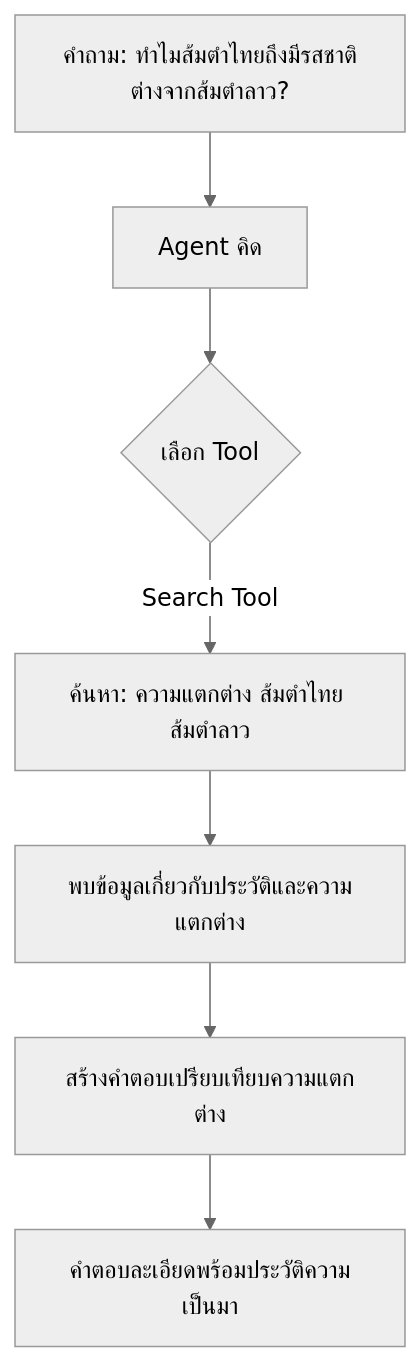
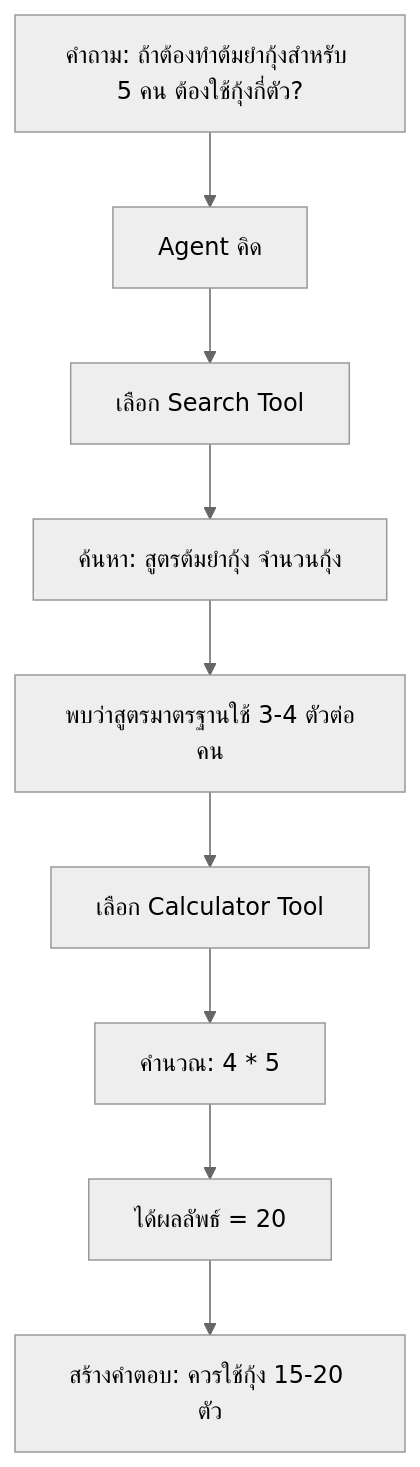
One commit to amornpan/langflow-ai changed diagram 14 of 18 in hand-on_2-3/README_TH.md. Above: the diagram before and after it, drawn with Mermaid (neutral theme). The commit also changed other lines of this file and 3 other files, not shown here.

````diff
--- a/hand-on_2-3/README_TH.md
+++ b/hand-on_2-3/README_TH.md
@@ -351,9 +343,11 @@
 ```mermaid
 graph TD
-    A[คำถาม: ทำไมส้มตำไทยถึงมีรสชาติต่างจากส้มตำลาว?] --> B[Agent คิด]
-    B --> C{เลือก Tool}
-    C -->|Search Tool| D[ค้นหา: ความแตกต่าง ส้มตำไทย ส้มตำลาว]
-    D --> E[พบข้อมูลเกี่ยวกับประวัติและความแตกต่าง]
-    E --> F[สร้างคำตอบเปรียบเทียบความแตกต่าง]
-    F --> G[คำตอบละเอียดพร้อมประวัติความเป็นมา]
+    A[คำถาม: ถ้าต้องทำต้มยำกุ้งสำหรับ 5 คน ต้องใช้กุ้งกี่ตัว?] --> B[Agent คิด]
+    B --> C[เลือก Search Tool]
+    C --> D[ค้นหา: สูตรต้มยำกุ้ง จำนวนกุ้ง]
+    D --> E[พบว่าสูตรมาตรฐานใช้ 3-4 ตัวต่อคน]
+    E --> F[เลือก Calculator Tool]
+    F --> G[คำนวณ: 4 * 5]
+    G --> H[ได้ผลลัพธ์ = 20]
+    H --> I[สร้างคำตอบ: ควรใช้กุ้ง 15-20 ตัว]
 ```
````
